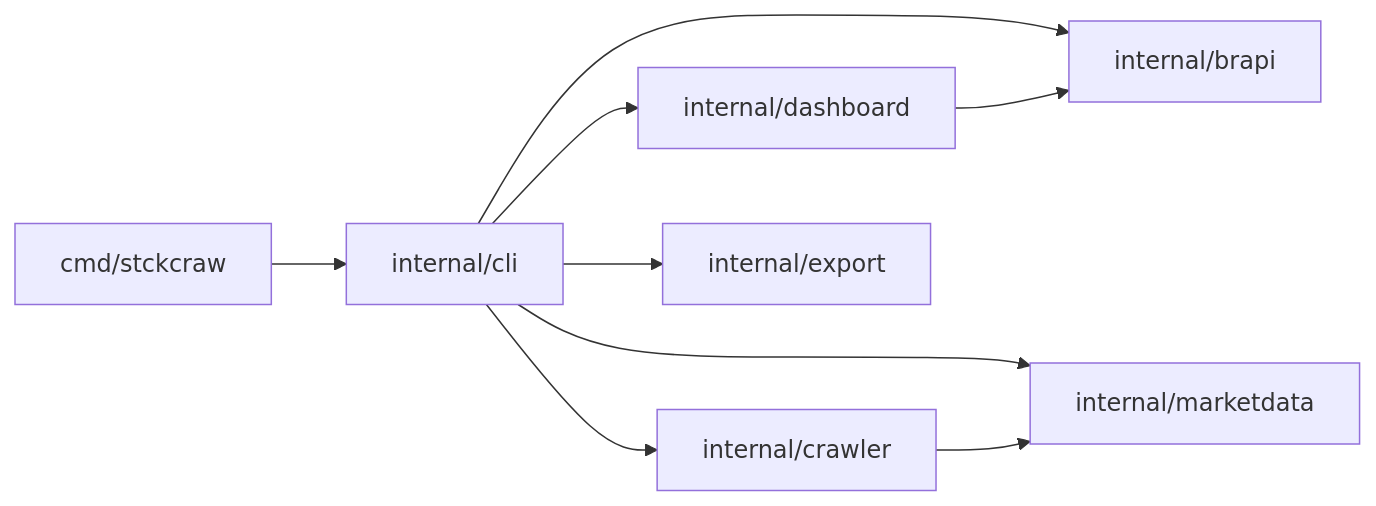
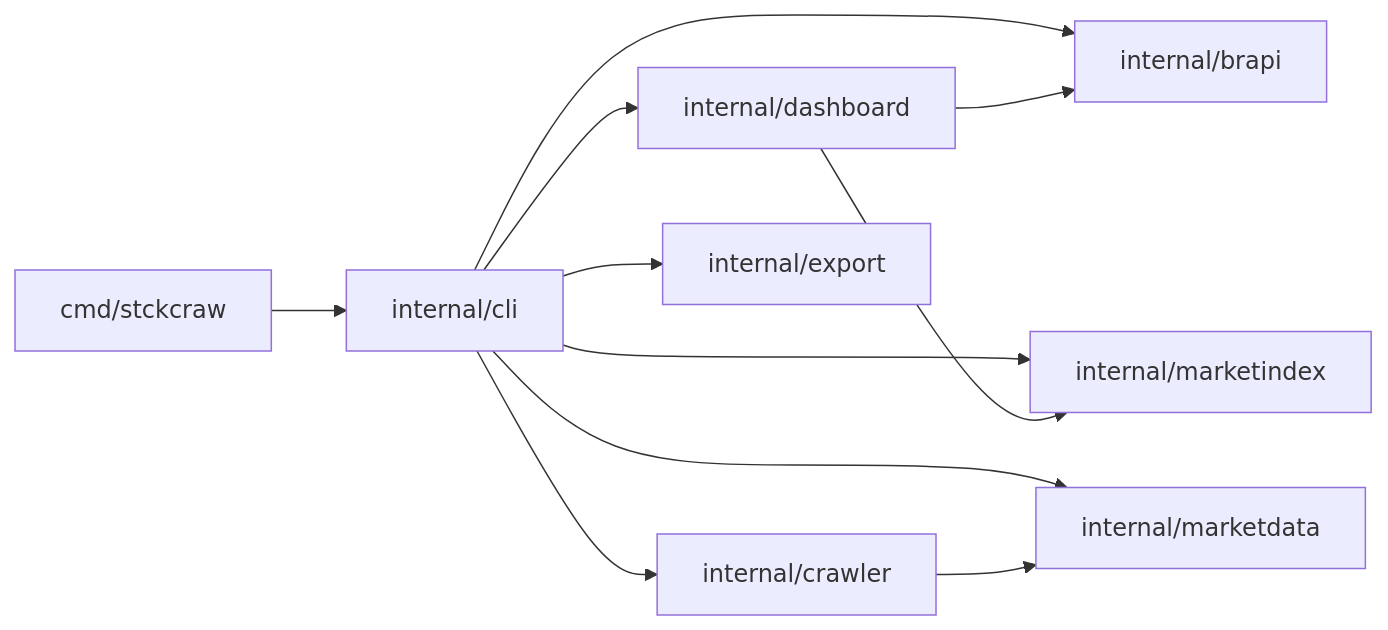
The second of 8 diagrams in docs/architecture.md (fabianoflorentino/stckcraw), drawn with Mermaid before and after one commit. The commit also changed other lines of this file and 10 other files, not shown here.

````diff
--- a/docs/architecture.md
+++ b/docs/architecture.md
@@ -47,11 +50,13 @@
 ```mermaid
 flowchart LR
   cmd["cmd/stckcraw"] --> cli["internal/cli"]
   cli --> dashboard["internal/dashboard"]
   cli --> brapi["internal/brapi"]
+  cli --> marketindex["internal/marketindex"]
   cli --> crawler["internal/crawler"]
   cli --> export["internal/export"]
   cli --> marketdata["internal/marketdata"]
   crawler --> marketdata
   dashboard --> brapi
+  dashboard --> marketindex
 ```
````
